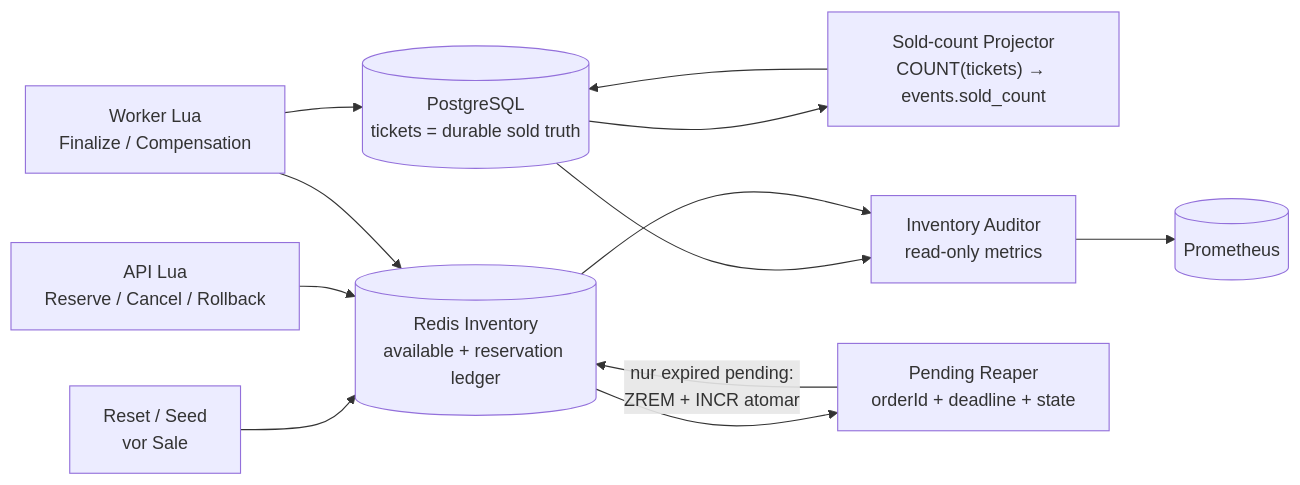
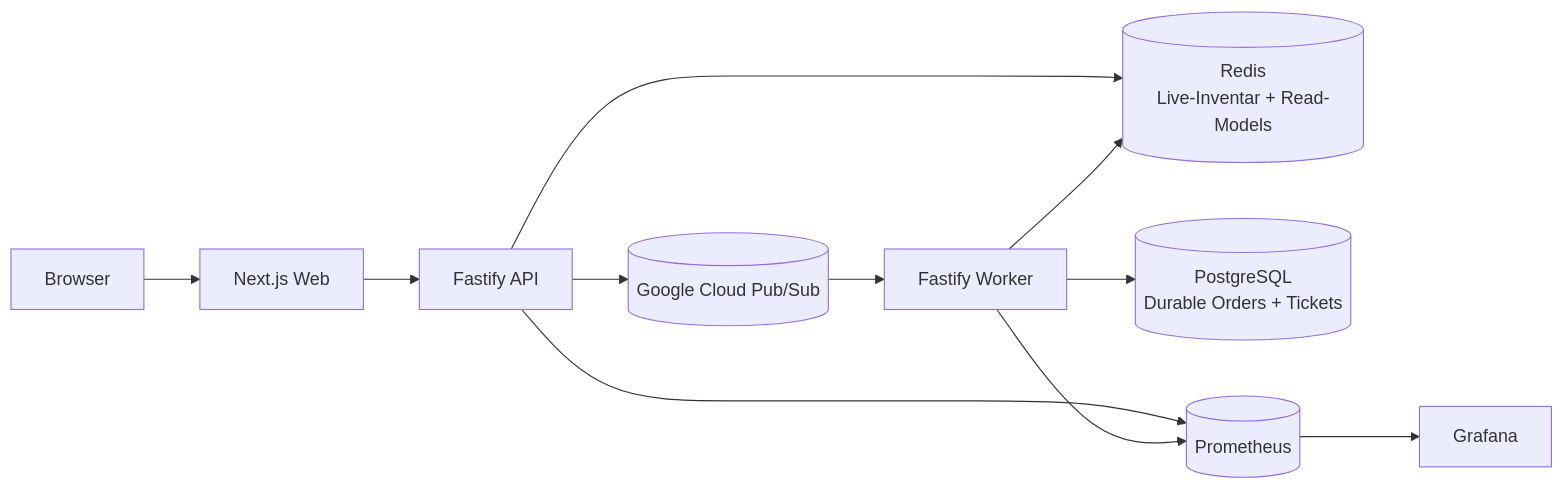
Before and after one commit to schuler-ph/high-frequency-ticket-system: the first of 5 diagrams in docs/ARCHITECTURE.md, drawn with Mermaid. The commit also changed other lines of this file and 91 other files, not shown here.

Commit message:
docs: establish progressive documentation architecture

````diff
--- a/docs/ARCHITECTURE.md
+++ b/docs/ARCHITECTURE.md
@@ -216,24 +10,23 @@
 ```mermaid
 flowchart LR
-    Seed["Reset / Seed<br/>vor Sale"]
-    API["API Lua<br/>Reserve / Cancel / Rollback"]
-    Worker["Worker Lua<br/>Finalize / Compensation"]
-    Redis[("Redis Inventory<br/>available + reservation ledger")]
-    DB[("PostgreSQL<br/>tickets = durable sold truth")]
-    Projector["Sold-count Projector<br/>COUNT(tickets) → events.sold_count"]
-    Auditor["Inventory Auditor<br/>read-only metrics"]
-    Reaper["Pending Reaper<br/>orderId + deadline + state"]
+    Browser["Browser"]
+    Web["Next.js Web"]
+    API["Fastify API"]
+    Redis[("Redis\nLive-Inventar + Read-Models")]
+    PubSub[("Google Cloud Pub/Sub")]
+    Worker["Fastify Worker"]
+    Postgres[("PostgreSQL\nDurable Orders + Tickets")]
     Prometheus[("Prometheus")]
+    Grafana["Grafana"]
 
-    Seed --> Redis
+    Browser --> Web
+    Web --> API
     API --> Redis
+    API --> PubSub
+    PubSub --> Worker
+    Worker --> Postgres
     Worker --> Redis
-    Worker --> DB
-    DB --> Projector
-    Projector --> DB
-    DB --> Auditor
-    Redis --> Auditor
-    Auditor --> Prometheus
-    Redis --> Reaper
-    Reaper -->|"nur expired pending:<br/>ZREM + INCR atomar"| Redis
+    API --> Prometheus
+    Worker --> Prometheus
+    Prometheus --> Grafana
 ```
````
